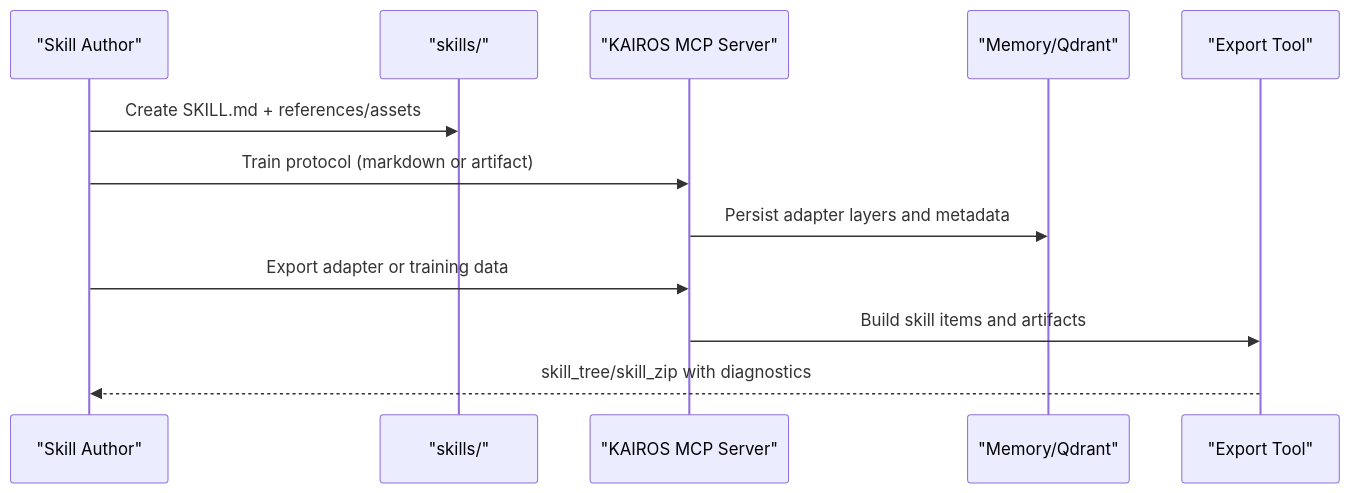
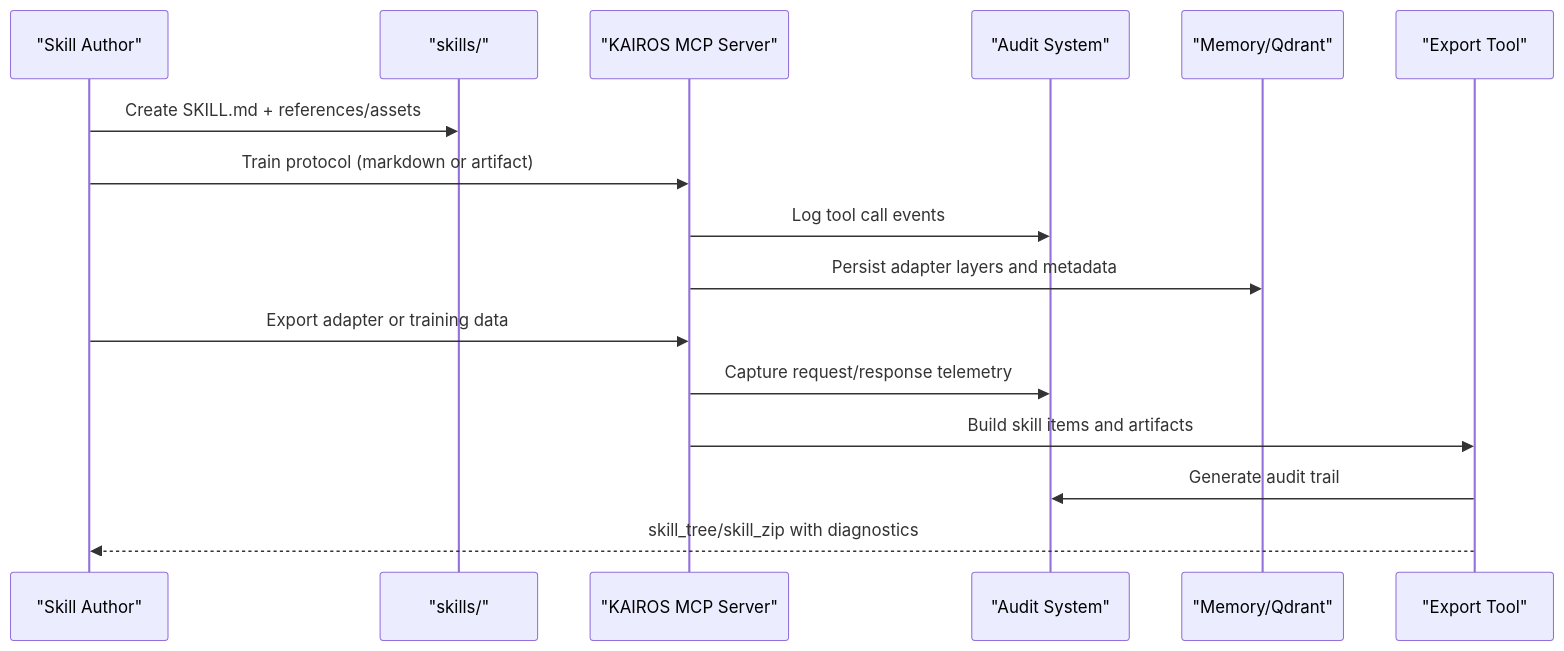
Before and after one commit to debian777/kairos-mcp: the second of 7 diagrams in .qoder/repowiki/en/content/Skills & Protocols.md, drawn with Mermaid. The commit also changed other lines of this file and 4 other files, not shown here.

````diff
--- a/.qoder/repowiki/en/content/Skills & Protocols.md
+++ b/.qoder/repowiki/en/content/Skills & Protocols.md
@@ -129,14 +147,18 @@
 ```mermaid
 sequenceDiagram
 participant Author as "Skill Author"
 participant Repo as "skills/"
 participant Server as "KAIROS MCP Server"
+participant Audit as "Audit System"
 participant Store as "Memory/Qdrant"
 participant Export as "Export Tool"
 Author->>Repo : Create SKILL.md + references/assets
 Author->>Server : Train protocol (markdown or artifact)
+Server->>Audit : Log tool call events
 Server->>Store : Persist adapter layers and metadata
 Author->>Server : Export adapter or training data
+Server->>Audit : Capture request/response telemetry
 Server->>Export : Build skill items and artifacts
+Export->>Audit : Generate audit trail
 Export-->>Author : skill_tree/skill_zip with diagnostics
 ```
````
